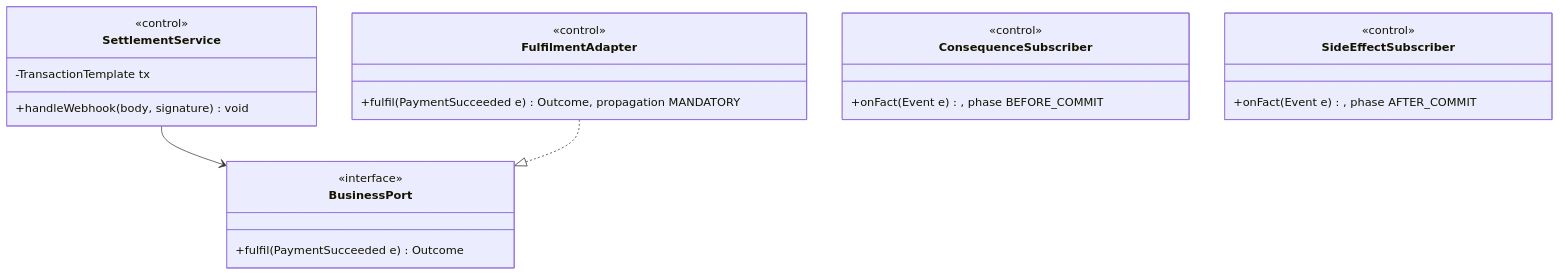
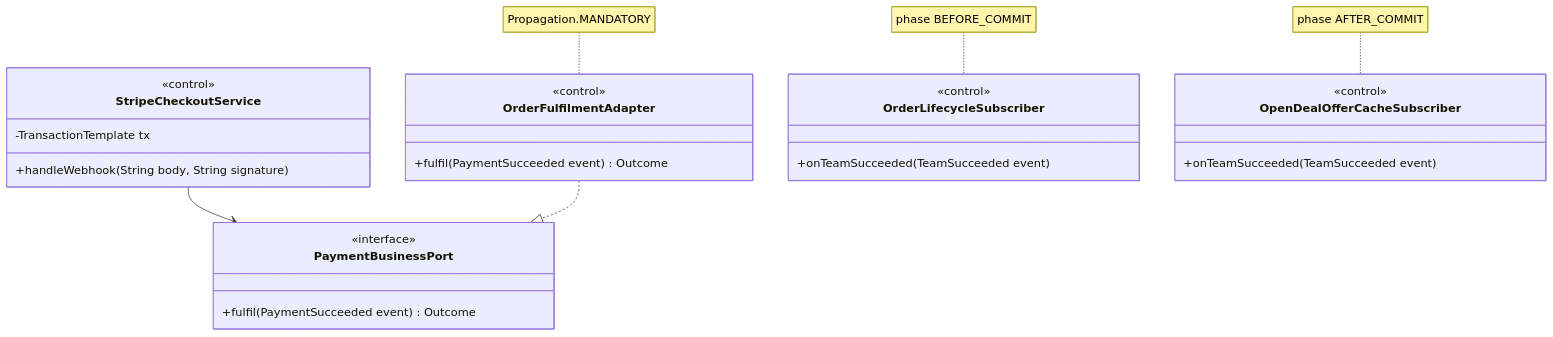
One commit to PPsyrius/iss-groupbuy-team8 changed diagram 11 of 14 in docs/swe5006/report-drafts/transition-strategies.md. Above: the diagram before and after it, drawn with Mermaid. The commit also changed other lines of this file and 1 other file, not shown here.

````diff
--- a/docs/swe5006/report-drafts/transition-strategies.md
+++ b/docs/swe5006/report-drafts/transition-strategies.md
@@ -451,26 +415,29 @@
 ```mermaid
 classDiagram
-    class SettlementService {
+    class StripeCheckoutService {
         <<control>>
         -TransactionTemplate tx
-        +handleWebhook(body, signature) void
+        +handleWebhook(String body, String signature)
     }
-    class BusinessPort {
+    class PaymentBusinessPort {
         <<interface>>
-        +fulfil(PaymentSucceeded e) Outcome
+        +fulfil(PaymentSucceeded event) Outcome
     }
-    class FulfilmentAdapter {
+    class OrderFulfilmentAdapter {
         <<control>>
-        +fulfil(PaymentSucceeded e) Outcome, propagation MANDATORY
+        +fulfil(PaymentSucceeded event) Outcome
     }
-    class ConsequenceSubscriber {
+    class OrderLifecycleSubscriber {
         <<control>>
-        +onFact(Event e), phase BEFORE_COMMIT
+        +onTeamSucceeded(TeamSucceeded event)
     }
-    class SideEffectSubscriber {
+    class OpenDealOfferCacheSubscriber {
         <<control>>
-        +onFact(Event e), phase AFTER_COMMIT
+        +onTeamSucceeded(TeamSucceeded event)
     }
-    SettlementService --> BusinessPort
-    FulfilmentAdapter ..|> BusinessPort
+    StripeCheckoutService --> PaymentBusinessPort
+    OrderFulfilmentAdapter ..|> PaymentBusinessPort
+    note for OrderFulfilmentAdapter "Propagation.MANDATORY"
+    note for OrderLifecycleSubscriber "phase BEFORE_COMMIT"
+    note for OpenDealOfferCacheSubscriber "phase AFTER_COMMIT"
 ```
````
